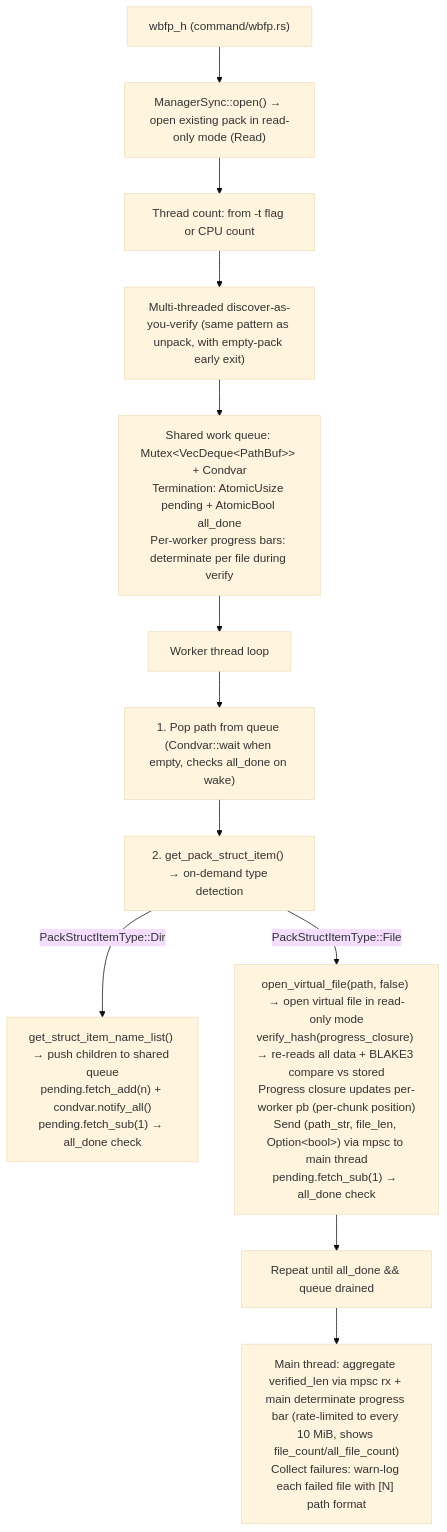
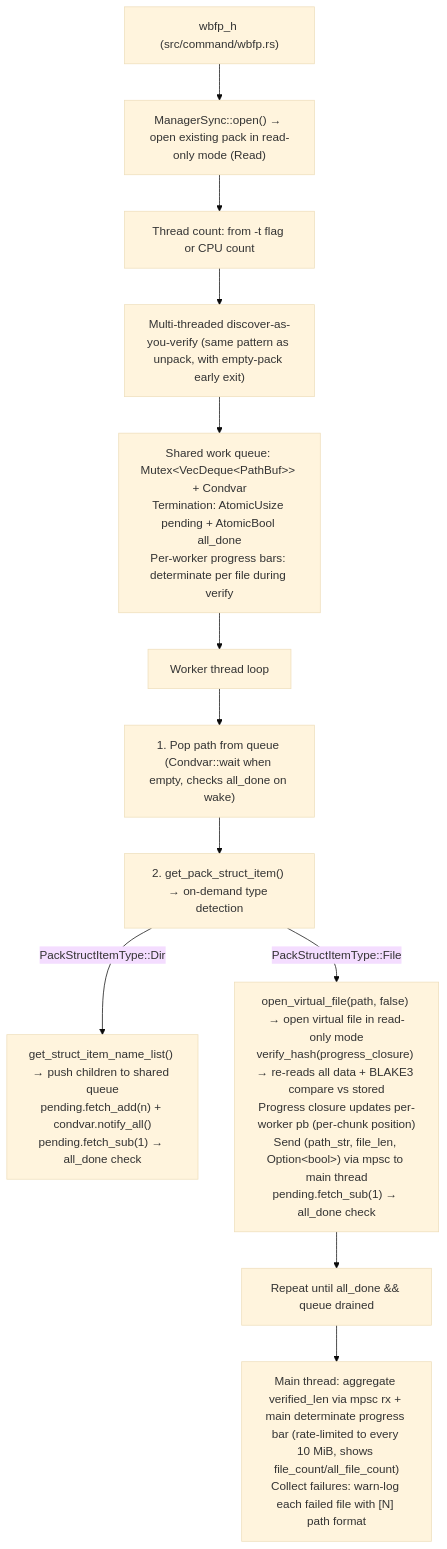
Before and after one commit to WaterBall20/water_ball_tool: the seventh of 9 diagrams in ARCHITECTURE.md, drawn with Mermaid (base theme). The commit also changed other lines of this file and 27 other files, not shown here.

````diff
--- a/ARCHITECTURE.md
+++ b/ARCHITECTURE.md
@@ -752,15 +895,15 @@
 ```mermaid
 flowchart TD
-    H["wbfp_h (command/wbfp.rs)"]
+    H["wbfp_h (src/command/wbfp.rs)"]
     H --> O["ManagerSync::open() → open existing pack in read-only mode (Read)"]
     O --> TC["Thread count: from -t flag or CPU count"]
     TC --> DIS["Multi-threaded discover-as-you-verify (same pattern as unpack, with empty-pack early exit)"]
     DIS --> Q["Shared work queue: Mutex&lt;VecDeque&lt;PathBuf&gt;&gt; + Condvar<br/>Termination: AtomicUsize pending + AtomicBool all_done<br/>Per-worker progress bars: determinate per file during verify"]
     Q --> W["Worker thread loop"]
     W --> W1["1. Pop path from queue (Condvar::wait when empty, checks all_done on wake)"]
     W1 --> W2["2. get_pack_struct_item() → on-demand type detection"]
     W2 -->|" PackStructItemType::Dir "| WD["get_struct_item_name_list() → push children to shared queue<br/>pending.fetch_add(n) + condvar.notify_all()<br/>pending.fetch_sub(1) → all_done check"]
     W2 -->|" PackStructItemType::File "| WF["open_virtual_file(path, false) → open virtual file in read-only mode<br/>verify_hash(progress_closure) → re-reads all data + BLAKE3 compare vs stored<br/>Progress closure updates per-worker pb (per-chunk position)<br/>Send (path_str, file_len, Option&lt;bool&gt;) via mpsc to main thread<br/>pending.fetch_sub(1) → all_done check"]
     WF --> WLOOP["Repeat until all_done && queue drained"]
     WLOOP --> M["Main thread: aggregate verified_len via mpsc rx + main determinate progress bar (rate-limited to every 10 MiB, shows file_count/all_file_count)<br/>Collect failures: warn-log each failed file with [N] path format"]
 ```
````
